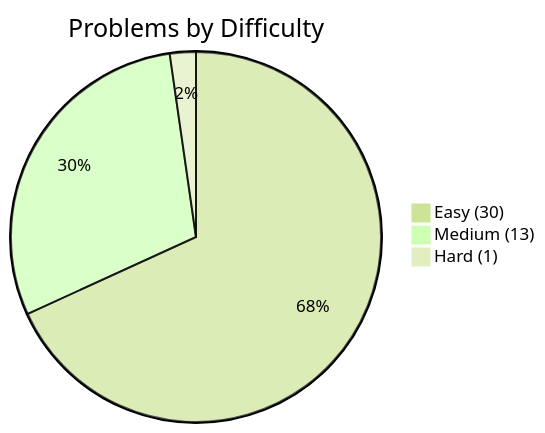
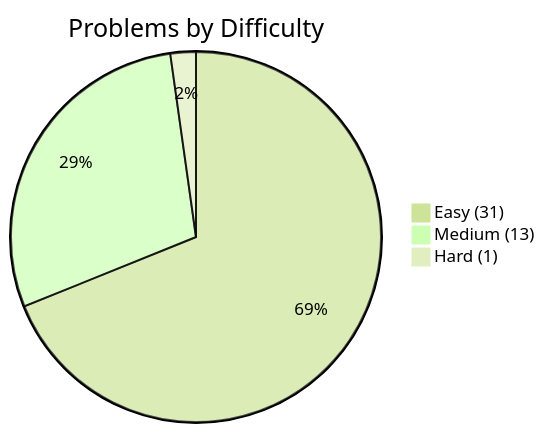
Before and after one commit to kanishk-procoder/leetcode-grind: the first of 2 diagrams in PROGRESS.md, drawn with Mermaid (forest theme). The commit also changed other lines of this file and 4 other files, not shown here.

````diff
--- a/PROGRESS.md
+++ b/PROGRESS.md
@@ -5,6 +5,6 @@
 ```mermaid
 pie title Problems by Difficulty
-    "Easy (30)" : 30
+    "Easy (31)" : 31
     "Medium (13)" : 13
     "Hard (1)" : 1
 ```
````
